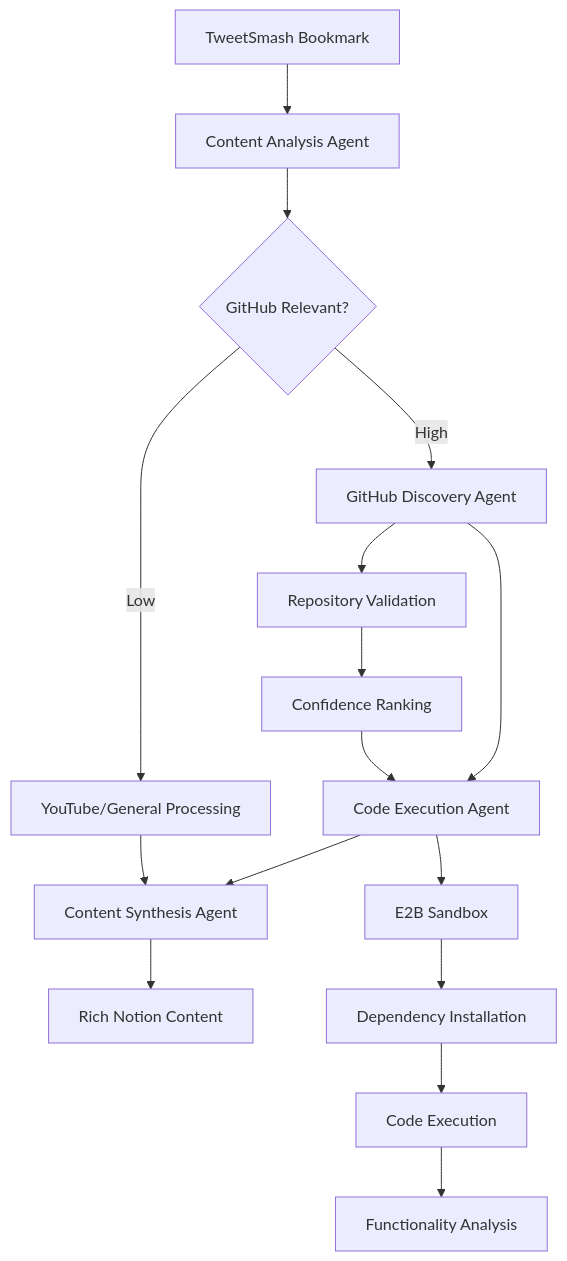
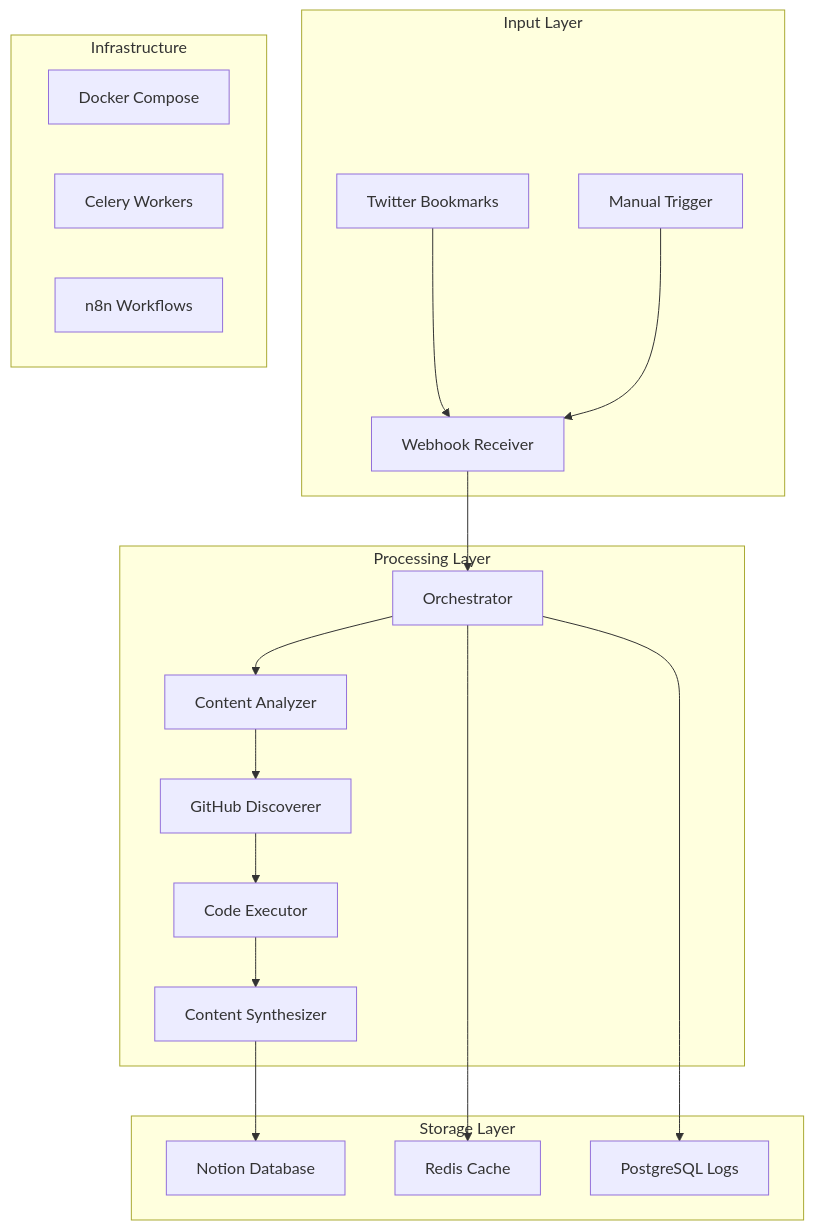
The diagram in README.md (HarleyCoops/TweetSmash), drawn with Mermaid before and after one commit. The commit also changed other lines of this file, not shown here.

````diff
--- a/README.md
+++ b/README.md
@@ -234,20 +57,27 @@
 ```mermaid
-graph TD
-    A[TweetSmash Bookmark] --> B[Content Analysis Agent]
-    B --> C{GitHub Relevant?}
-    C -->|High| D[GitHub Discovery Agent]
-    C -->|Low| E[YouTube/General Processing]
-    D --> F[Code Execution Agent]
-    F --> G[Content Synthesis Agent]
-    E --> G
-    G --> H[Rich Notion Content]
+graph TB
+    subgraph "Input Layer"
+        A[Twitter Bookmarks] --> B[Webhook Receiver]
+        C[Manual Trigger] --> B
+    end
     
-    D --> I[Repository Validation]
-    I --> J[Confidence Ranking]
-    J --> F
+    subgraph "Processing Layer"
+        B --> D[Orchestrator]
+        D --> E[Content Analyzer]
+        E --> F[GitHub Discoverer]
+        F --> G[Code Executor]
+        G --> H[Content Synthesizer]
+    end
     
-    F --> K[E2B Sandbox]
-    K --> L[Dependency Installation]
-    L --> M[Code Execution]
-    M --> N[Functionality Analysis]
+    subgraph "Storage Layer"
+        H --> I[Notion Database]
+        D --> J[Redis Cache]
+        D --> K[PostgreSQL Logs]
+    end
+    
+    subgraph "Infrastructure"
+        L[Docker Compose]
+        M[Celery Workers]
+        N[n8n Workflows]
+    end
 ```
````
